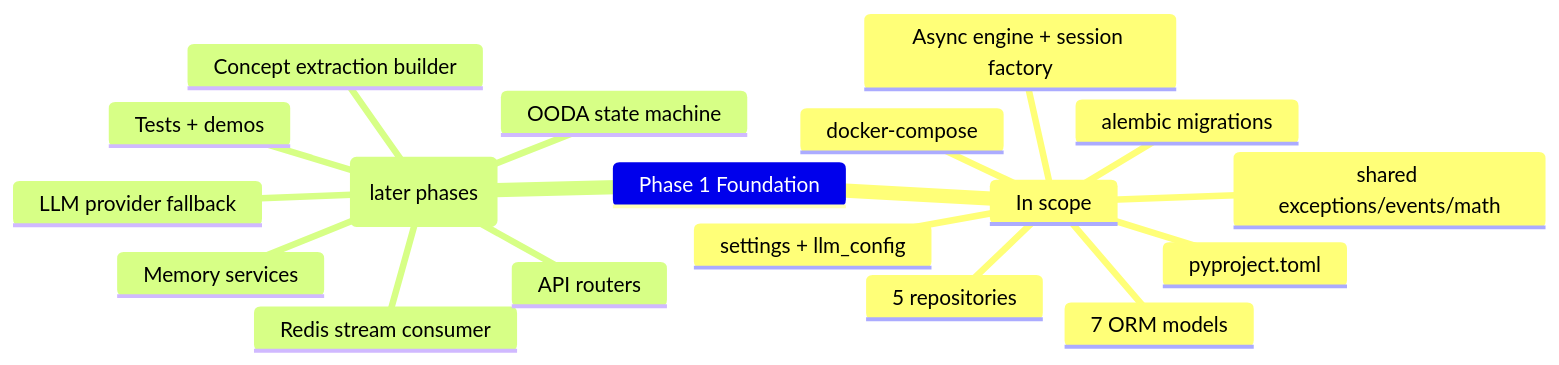
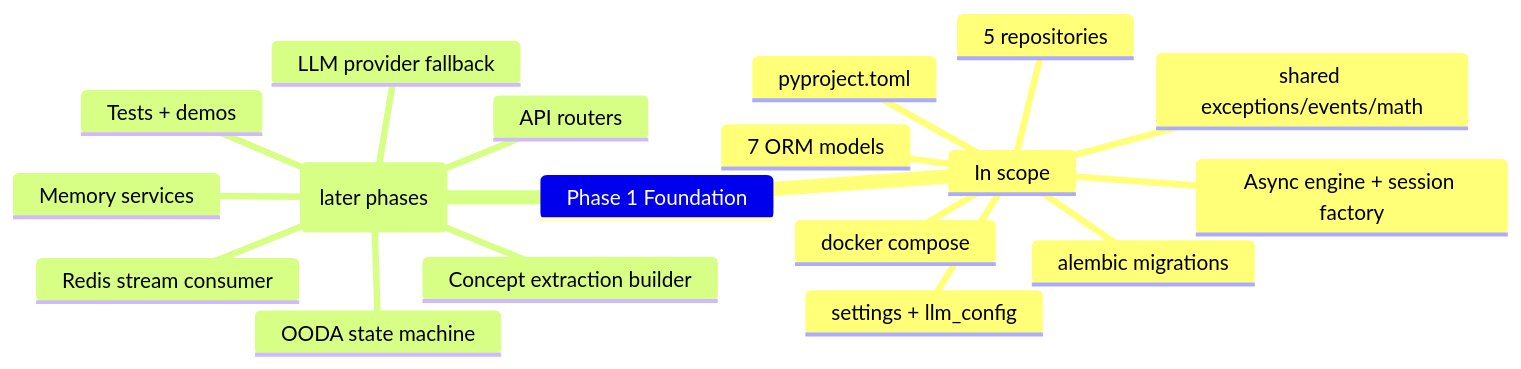
One commit to Het-Shah21/AB6_AI changed the eighth of 9 diagrams in docs/phase-01-foundation/00-system-design.md. Above: the diagram before and after it, drawn with Mermaid.

Commit message:
Fix mindmap hyphen that breaks Mermaid 9.x
In docs/phase-01-foundation/00-system-design.md, the mindmap in
section 1.8 contained the node 'docker-compose' with a hyphen.
Mermaid 9.4's mindmap lexer rejects hyphens in node text with:

  Error: Lexical error on line 11. Unrecognized text.
  ...igrations    docker-compose  Out of sc

Changed to 'docker compose' (no hyphen) to support the older Mermaid
versions that GitHub may use.

````diff
--- a/docs/phase-01-foundation/00-system-design.md
+++ b/docs/phase-01-foundation/00-system-design.md
@@ -282,21 +282,21 @@
 ```mermaid
 mindmap
   Phase 1 Foundation
     In scope
       pyproject.toml
       settings + llm_config
       Async engine + session factory
       7 ORM models
       5 repositories
       shared exceptions/events/math
       alembic migrations
-      docker-compose
+      docker compose
     Out of scope (later phases)
       LLM provider fallback
       Redis stream consumer
       Concept extraction builder
       OODA state machine
       Memory services
       API routers
       Tests + demos
 ```
````
